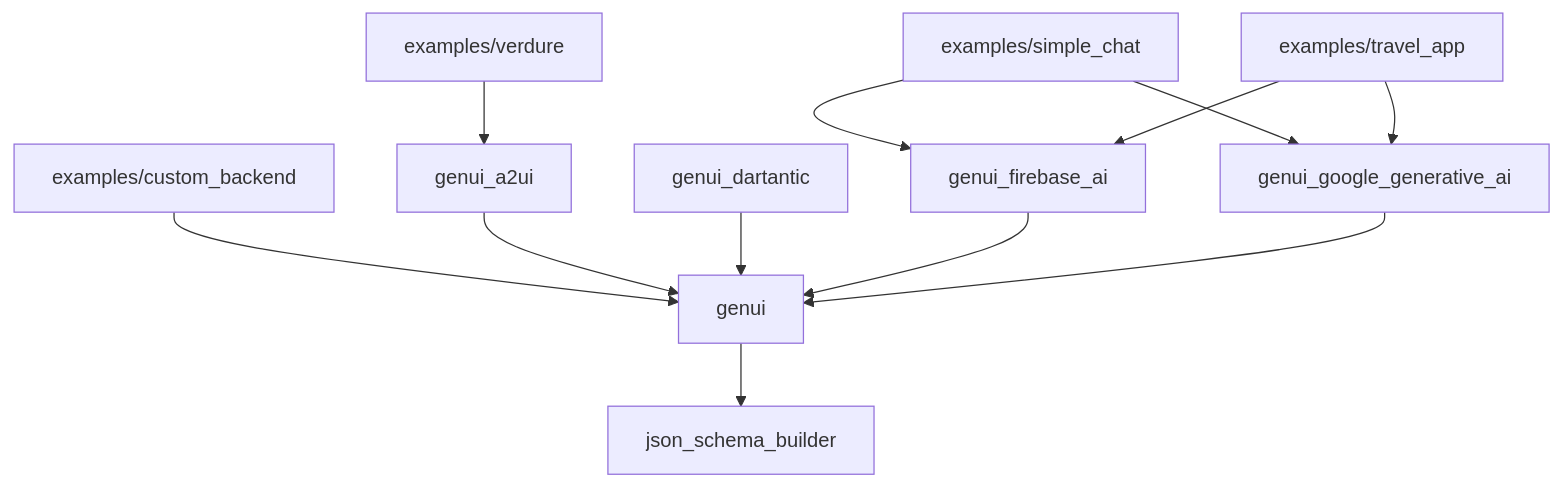
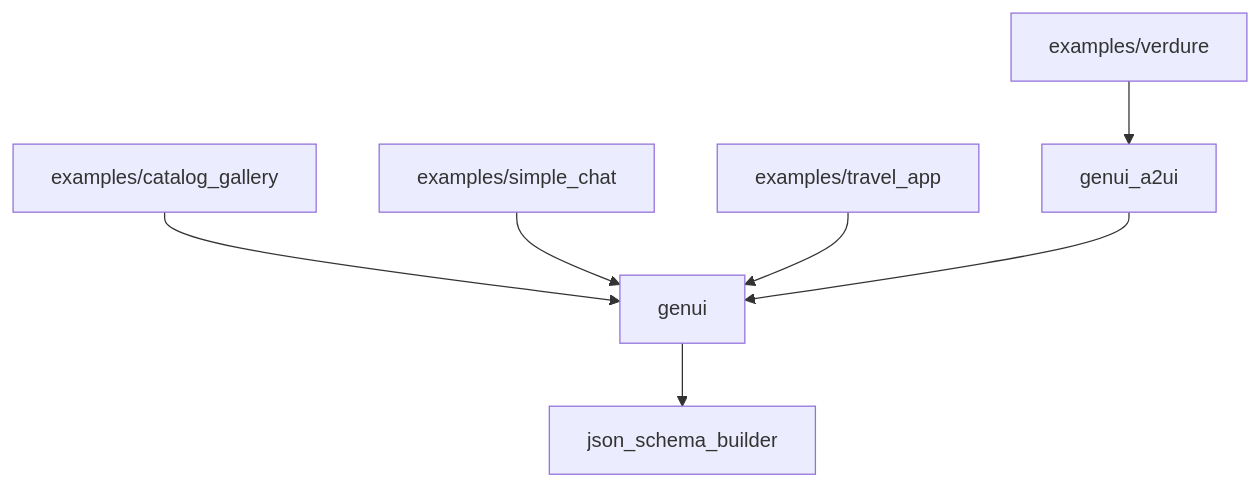
Before and after one commit to polina-c/genui: the diagram in README.md, drawn with Mermaid. The commit also changed other lines of this file and 15 other files, not shown here.

````diff
--- a/README.md
+++ b/README.md
@@ -111,14 +106,9 @@
 ```mermaid
 graph TD
-  examples/simple_chat --> genui_google_generative_ai
-  examples/simple_chat --> genui_firebase_ai
-  examples/travel_app --> genui_google_generative_ai
-  examples/travel_app --> genui_firebase_ai
+  examples/catalog_gallery --> genui
+  examples/simple_chat --> genui
+  examples/travel_app --> genui
   examples/verdure --> genui_a2ui
-  examples/custom_backend --> genui
   genui --> json_schema_builder
   genui_a2ui --> genui
-  genui_dartantic --> genui
-  genui_firebase_ai --> genui
-  genui_google_generative_ai --> genui
 ```
````
